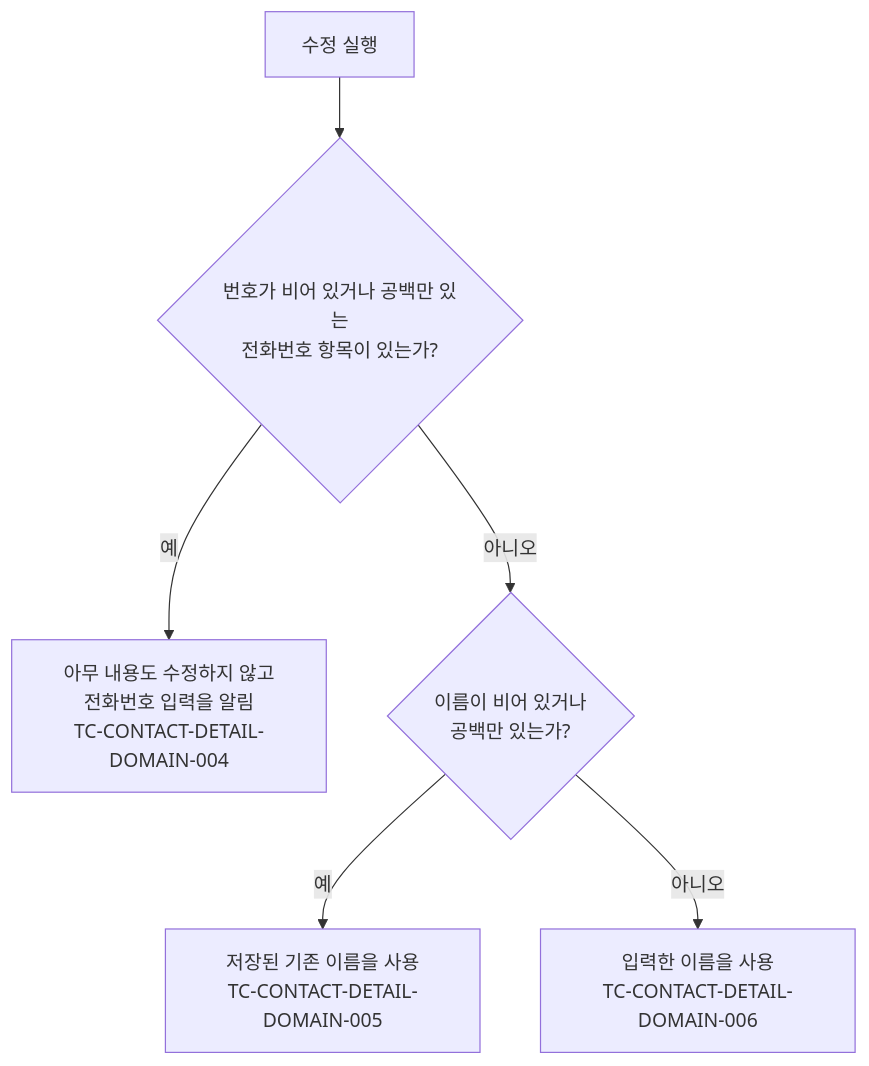
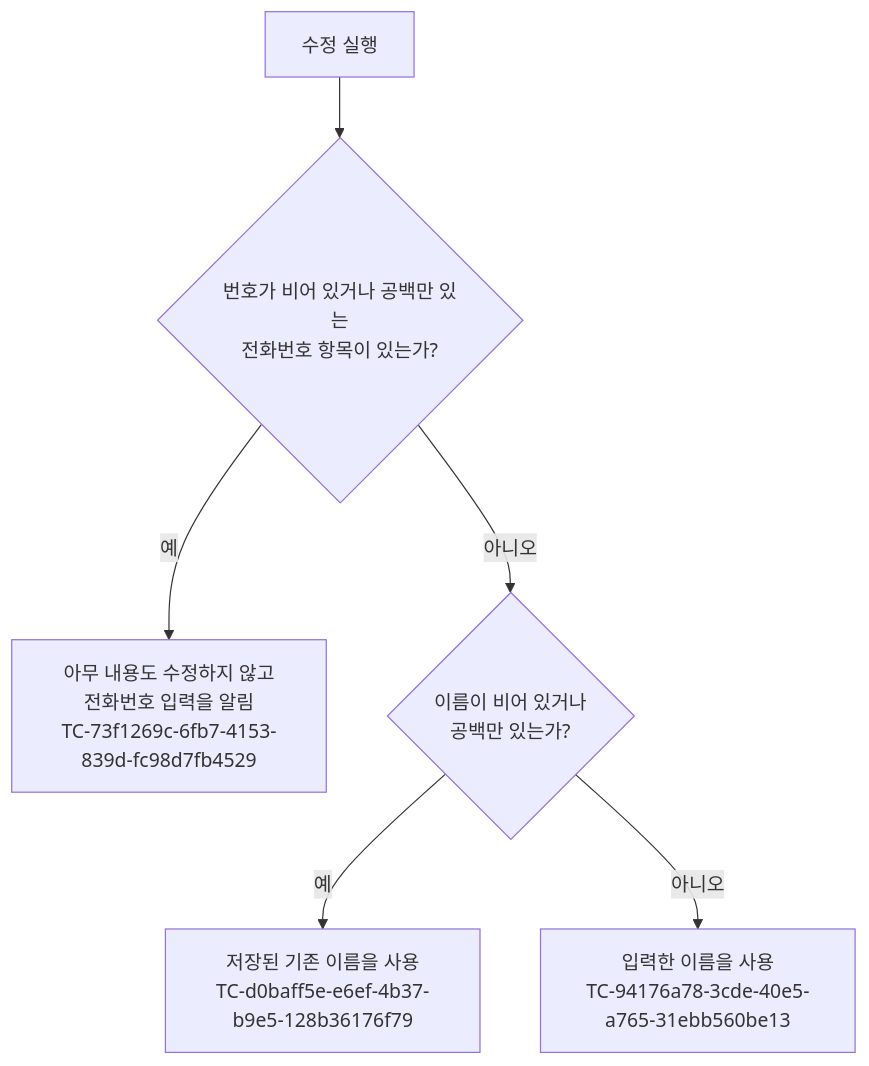
Before and after one commit to taetae98coding/DiaryKMP: the diagram in docs/testcase/contact-detail.md, drawn with Mermaid. The commit also changed other lines of this file and 1177 other files, not shown here.

````diff
--- a/docs/testcase/contact-detail.md
+++ b/docs/testcase/contact-detail.md
@@ -479,8 +479,8 @@
 ```mermaid
 flowchart TD
     start["수정 실행"] --> phone{"번호가 비어 있거나 공백만 있는<br/>전화번호 항목이 있는가?"}
-    phone -- 예 --> reject["아무 내용도 수정하지 않고<br/>전화번호 입력을 알림<br/>TC-CONTACT-DETAIL-DOMAIN-004"]
+    phone -- 예 --> reject["아무 내용도 수정하지 않고<br/>전화번호 입력을 알림<br/>TC-73f1269c-6fb7-4153-839d-fc98d7fb4529"]
     phone -- 아니오 --> name{"이름이 비어 있거나<br/>공백만 있는가?"}
-    name -- 예 --> keepName["저장된 기존 이름을 사용<br/>TC-CONTACT-DETAIL-DOMAIN-005"]
-    name -- 아니오 --> useName["입력한 이름을 사용<br/>TC-CONTACT-DETAIL-DOMAIN-006"]
+    name -- 예 --> keepName["저장된 기존 이름을 사용<br/>TC-d0baff5e-e6ef-4b37-b9e5-128b36176f79"]
+    name -- 아니오 --> useName["입력한 이름을 사용<br/>TC-94176a78-3cde-40e5-a765-31ebb560be13"]
 ```
````
